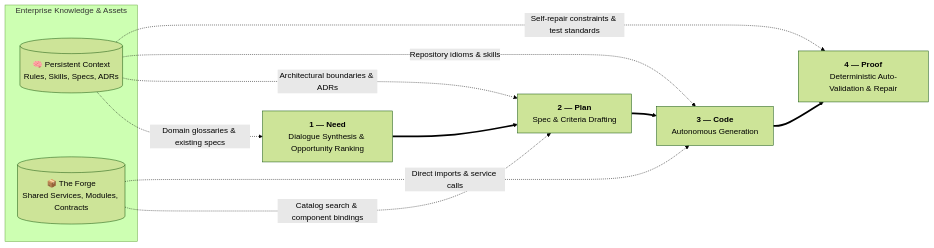
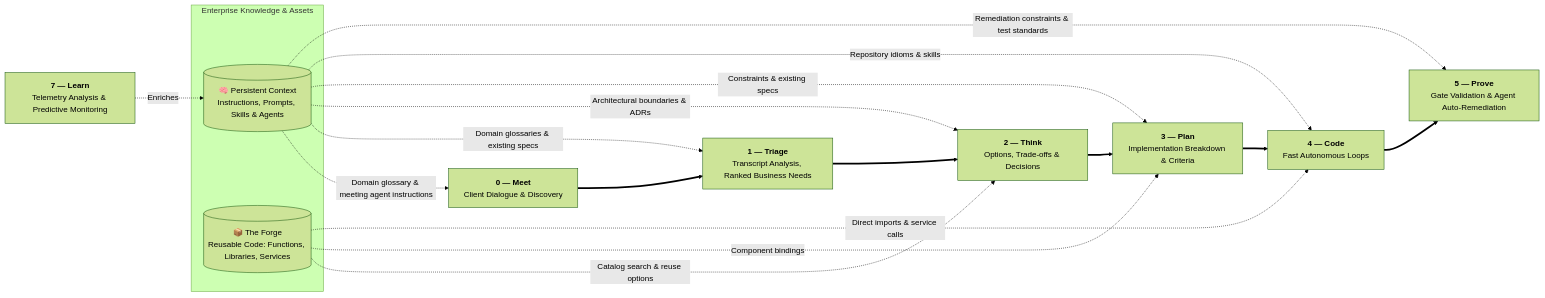
The first of 2 diagrams in website/docs/guide/persistent-context.md (ALTEN-group/agentic-software-factory), drawn with Mermaid (forest theme) before and after one commit. The commit also changed other lines of this file and 34 other files, not shown here.

````diff
--- a/website/docs/guide/persistent-context.md
+++ b/website/docs/guide/persistent-context.md
@@ -44,27 +54,37 @@
 ```mermaid
 ---
-caption: Persistent Context and The Forge powering both Plan and Code phases
+caption: Persistent Context and The Forge powering the delivery stages
 ---
 flowchart LR
     subgraph Enterprise["Enterprise Knowledge & Assets"]
-        CONTEXT[("🧠 Persistent Context<br/>Rules, Skills, Specs, ADRs")]
-        FORGE[("📦 The Forge<br/>Shared Services, Modules, Contracts")]
+        CONTEXT[("🧠 Persistent Context<br/>Instructions, Prompts, Skills & Agents")]
+        FORGE[("📦 The Forge<br/>Reusable Code: Functions, Libraries, Services")]
     end
 
-    NEED["<b>1 — Need</b><br/>Dialogue Synthesis & Opportunity Ranking"]
-    PLAN["<b>2 — Plan</b><br/>Spec & Criteria Drafting"]
-    CODE["<b>3 — Code</b><br/>Autonomous Generation"]
-    PROOF["<b>4 — Proof</b><br/>Deterministic Auto-Validation & Repair"]
+    MEET["<b>0 — Meet</b><br/>Client Dialogue & Discovery"]
+    NEED["<b>1 — Triage</b><br/>Transcript Analysis, Ranked Business Needs"]
+    THINK["<b>2 — Think</b><br/>Options, Trade-offs & Decisions"]
+    PLAN["<b>3 — Plan</b><br/>Implementation Breakdown & Criteria"]
+    CODE["<b>4 — Code</b><br/>Fast Autonomous Loops"]
+    PROOF["<b>5 — Prove</b><br/>Gate Validation & Agent Auto-Remediation"]
 
+    CONTEXT -. Domain glossary & meeting agent instructions .-> MEET
     CONTEXT -. Domain glossaries & existing specs .-> NEED
-    CONTEXT -. Architectural boundaries & ADRs .-> PLAN
+    CONTEXT -. Architectural boundaries & ADRs .-> THINK
+    CONTEXT -. Constraints & existing specs .-> PLAN
     CONTEXT -. Repository idioms & skills .-> CODE
-    CONTEXT -. Self-repair constraints & test standards .-> PROOF
+    CONTEXT -. Remediation constraints & test standards .-> PROOF
 
-    FORGE -. Catalog search & component bindings .-> PLAN
+    FORGE -. Catalog search & reuse options .-> THINK
+    FORGE -. Component bindings .-> PLAN
     FORGE -. Direct imports & service calls .-> CODE
 
-    NEED ==> PLAN
+    MEET ==> NEED
+    NEED ==> THINK
+    THINK ==> PLAN
     PLAN ==> CODE
     CODE ==> PROOF
+
+    LEARN["<b>7 — Learn</b><br/>Telemetry Analysis & Predictive Monitoring"]
+    LEARN -. Enriches .-> CONTEXT
 ```
````
